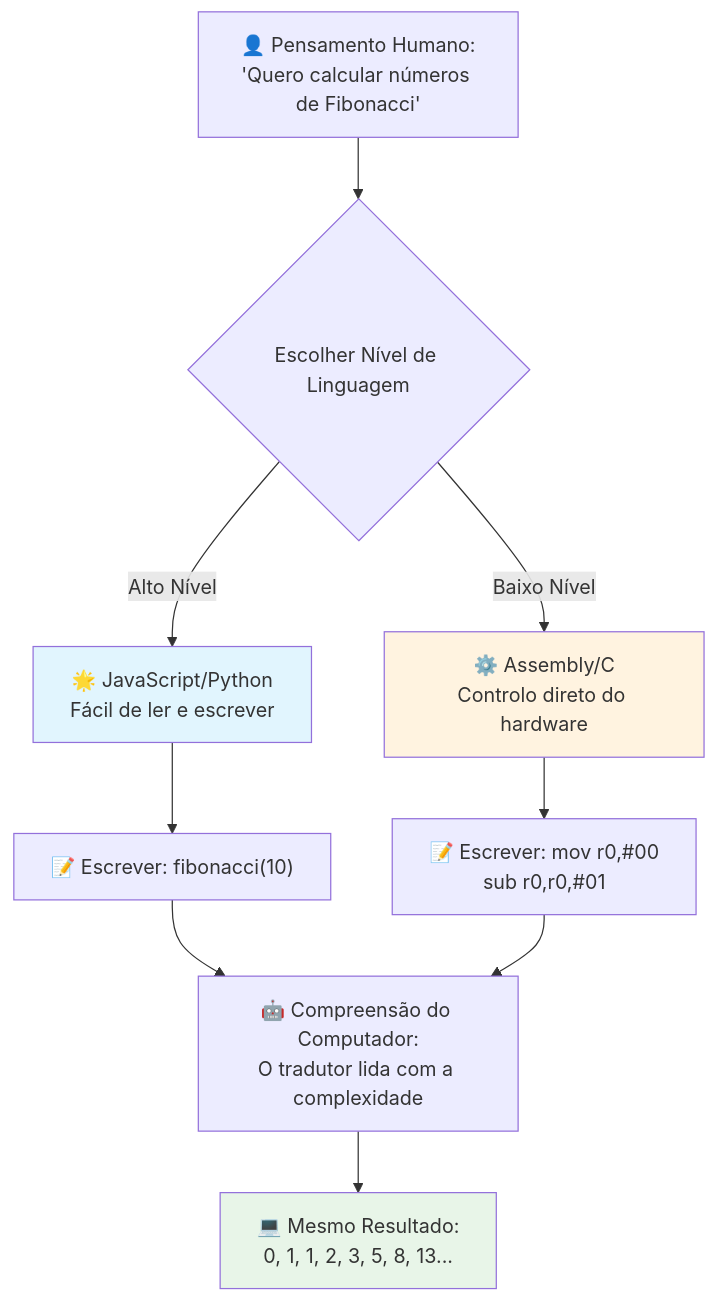
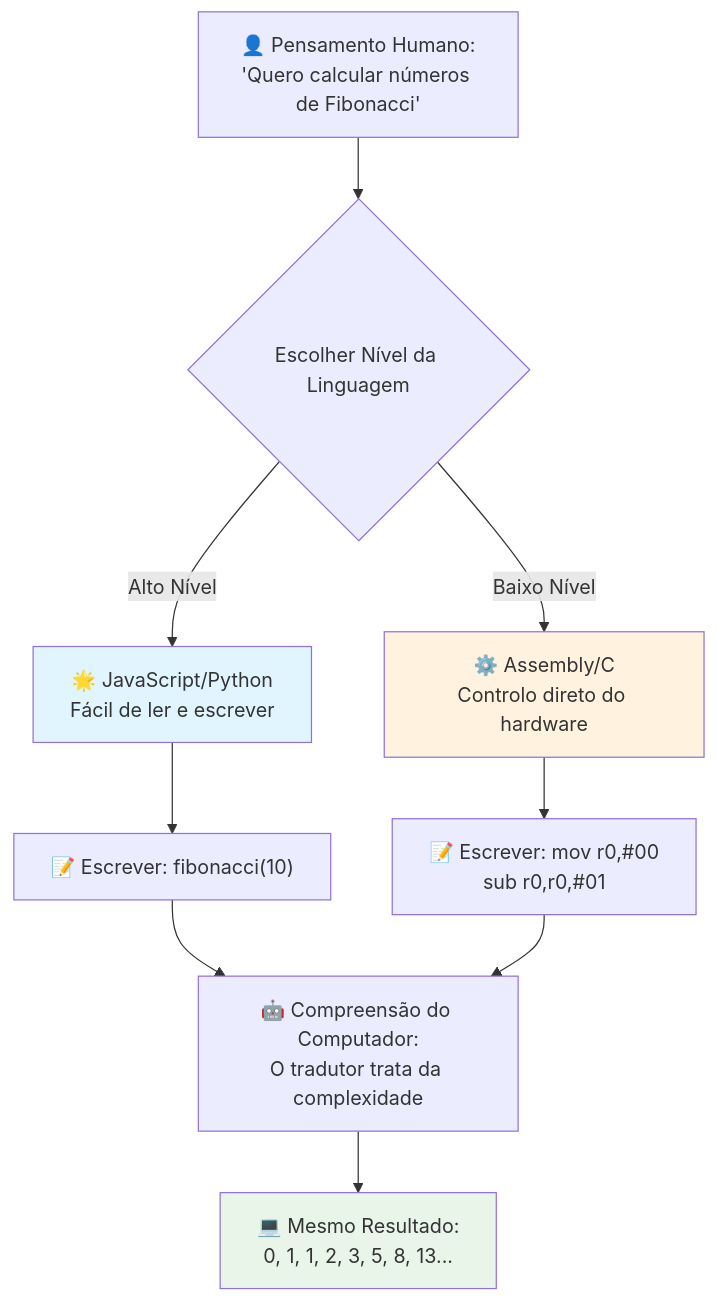
The third of 7 diagrams in translations/pt-PT/1-getting-started-lessons/1-intro-to-programming-languages/README.md (microsoft/Web-Dev-For-Beginners), drawn with Mermaid before and after one commit. The commit also changed other lines of this file and 11 other files, not shown here.

````diff
--- a/translations/pt-PT/1-getting-started-lessons/1-intro-to-programming-languages/README.md
+++ b/translations/pt-PT/1-getting-started-lessons/1-intro-to-programming-languages/README.md
@@ -147,19 +148,19 @@
 ```mermaid
 flowchart TB
-    A["👤 Pensamento Humano:<br/>'Quero calcular números de Fibonacci'"] --> B{Escolher Nível de Linguagem}
+    A["👤 Pensamento Humano:<br/>'Quero calcular números de Fibonacci'"] --> B{Escolher Nível da Linguagem}
     
     B -->|Alto Nível| C["🌟 JavaScript/Python<br/>Fácil de ler e escrever"]
     B -->|Baixo Nível| D["⚙️ Assembly/C<br/>Controlo direto do hardware"]
     
     C --> E["📝 Escrever: fibonacci(10)"]
     D --> F["📝 Escrever: mov r0,#00<br/>sub r0,r0,#01"]
     
-    E --> G["🤖 Compreensão do Computador:<br/>O tradutor lida com a complexidade"]
+    E --> G["🤖 Compreensão do Computador:<br/>O tradutor trata da complexidade"]
     F --> G
     
     G --> H["💻 Mesmo Resultado:<br/>0, 1, 1, 2, 3, 5, 8, 13..."]
     
     style C fill:#e1f5fe
     style D fill:#fff3e0
     style H fill:#e8f5e8
 ```
````
